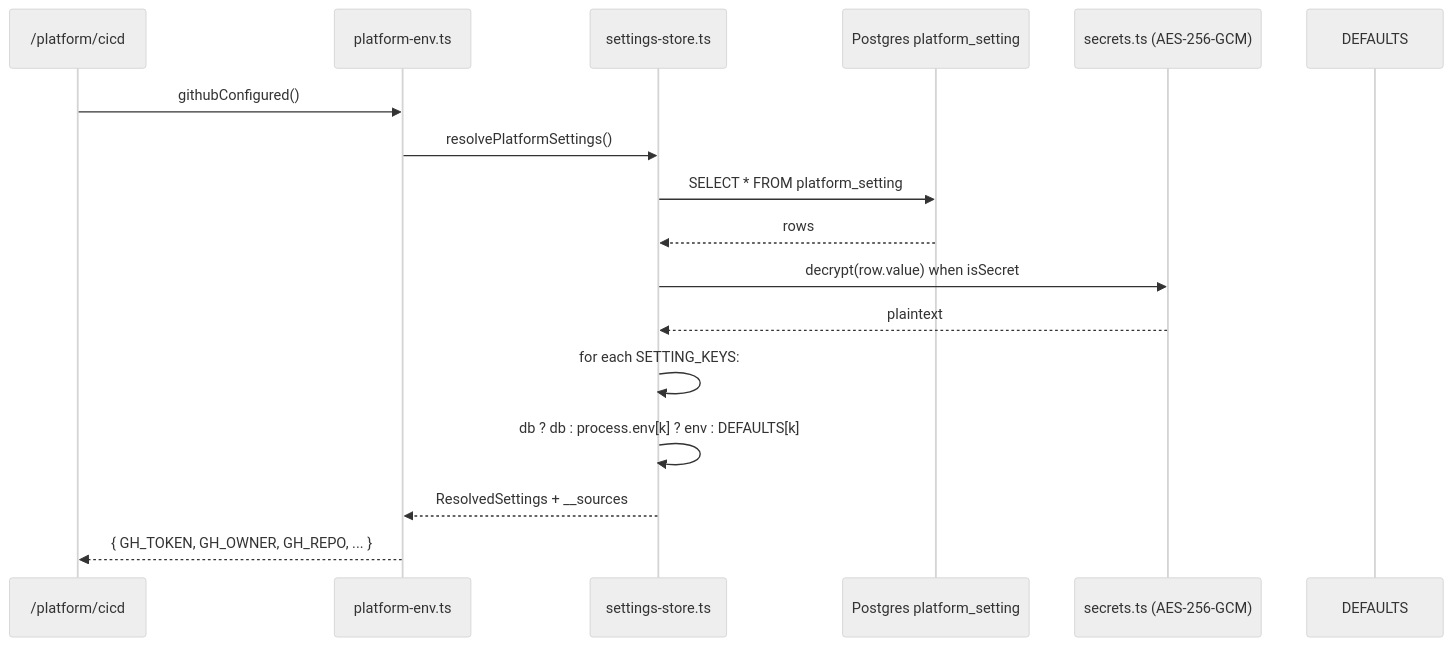
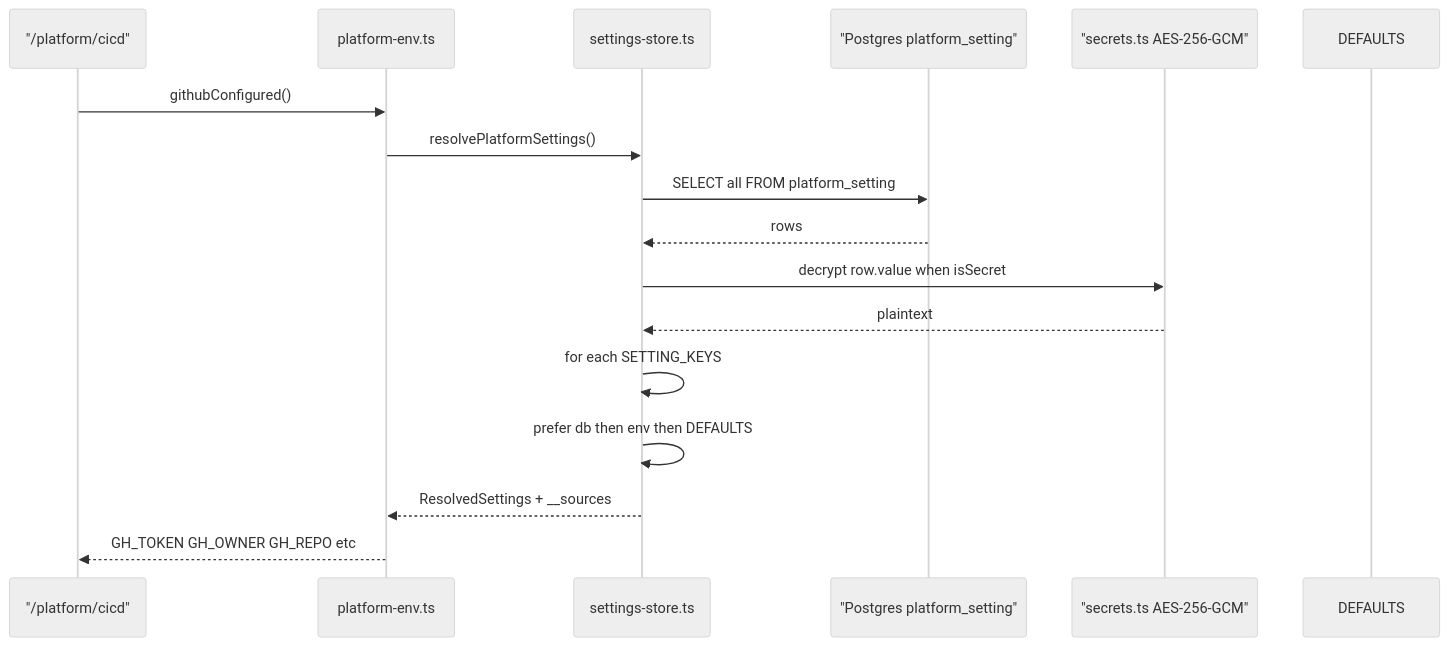
One commit to tajalagawani/BOQs-master changed the third of 4 diagrams in docs/modules/platform-dashboard.md. Above: the diagram before and after it, drawn with Mermaid (neutral theme). The commit also changed other lines of this file and 8 other files, not shown here.

First line of the commit message:
fix(docs): mermaid 11 syntax across 18 diagrams in 9 module docs

````diff
--- a/docs/modules/platform-dashboard.md
+++ b/docs/modules/platform-dashboard.md
@@ -366,20 +366,20 @@
 ```mermaid
 sequenceDiagram
-  participant Page as /platform/cicd
+  participant Page as "/platform/cicd"
   participant Env as platform-env.ts
   participant Store as settings-store.ts
-  participant DB as Postgres platform_setting
-  participant Secrets as secrets.ts (AES-256-GCM)
+  participant DB as "Postgres platform_setting"
+  participant Secrets as "secrets.ts AES-256-GCM"
   participant Default as DEFAULTS
 
   Page->>Env: githubConfigured()
   Env->>Store: resolvePlatformSettings()
-  Store->>DB: SELECT * FROM platform_setting
+  Store->>DB: SELECT all FROM platform_setting
   DB-->>Store: rows
-  Store->>Secrets: decrypt(row.value) when isSecret
+  Store->>Secrets: decrypt row.value when isSecret
   Secrets-->>Store: plaintext
-  Store->>Store: for each SETTING_KEYS:
-  Store->>Store: db ? db : process.env[k] ? env : DEFAULTS[k]
+  Store->>Store: for each SETTING_KEYS
+  Store->>Store: prefer db then env then DEFAULTS
   Store-->>Env: ResolvedSettings + __sources
-  Env-->>Page: { GH_TOKEN, GH_OWNER, GH_REPO, ... }
+  Env-->>Page: GH_TOKEN GH_OWNER GH_REPO etc
 ```
````
